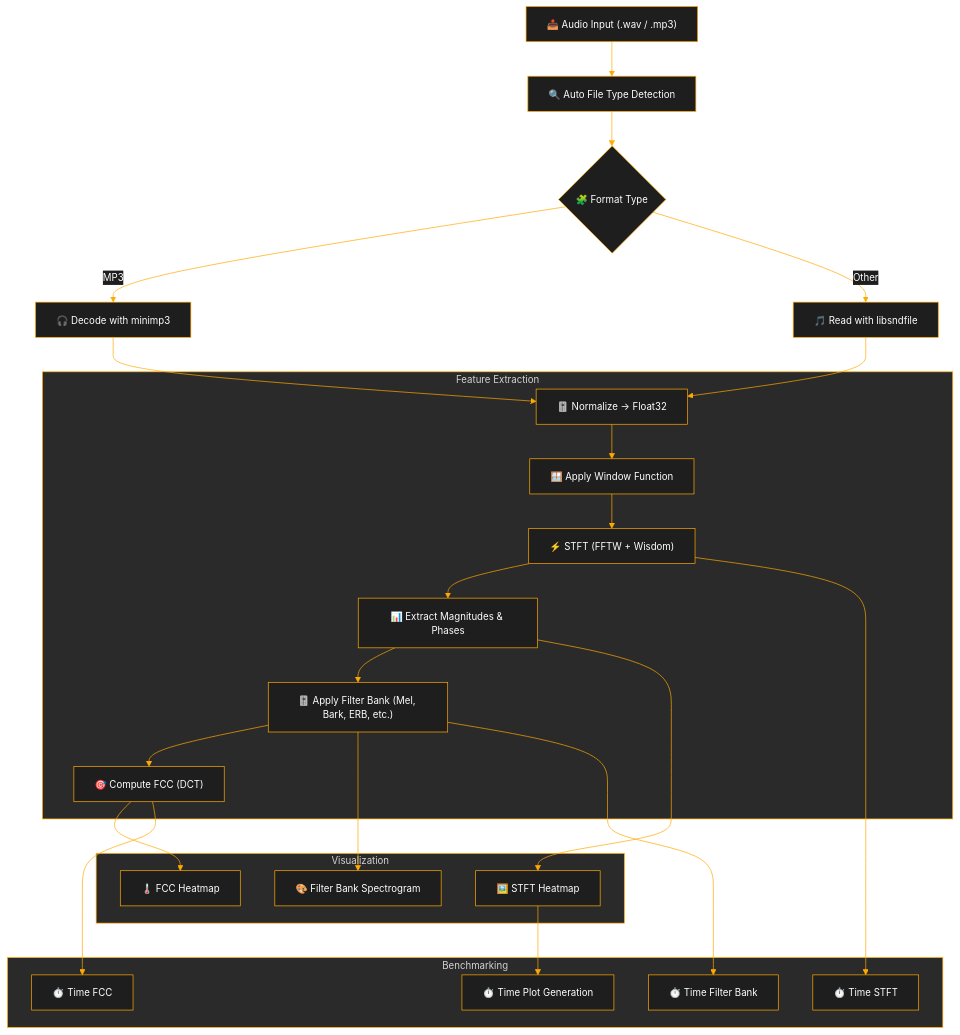
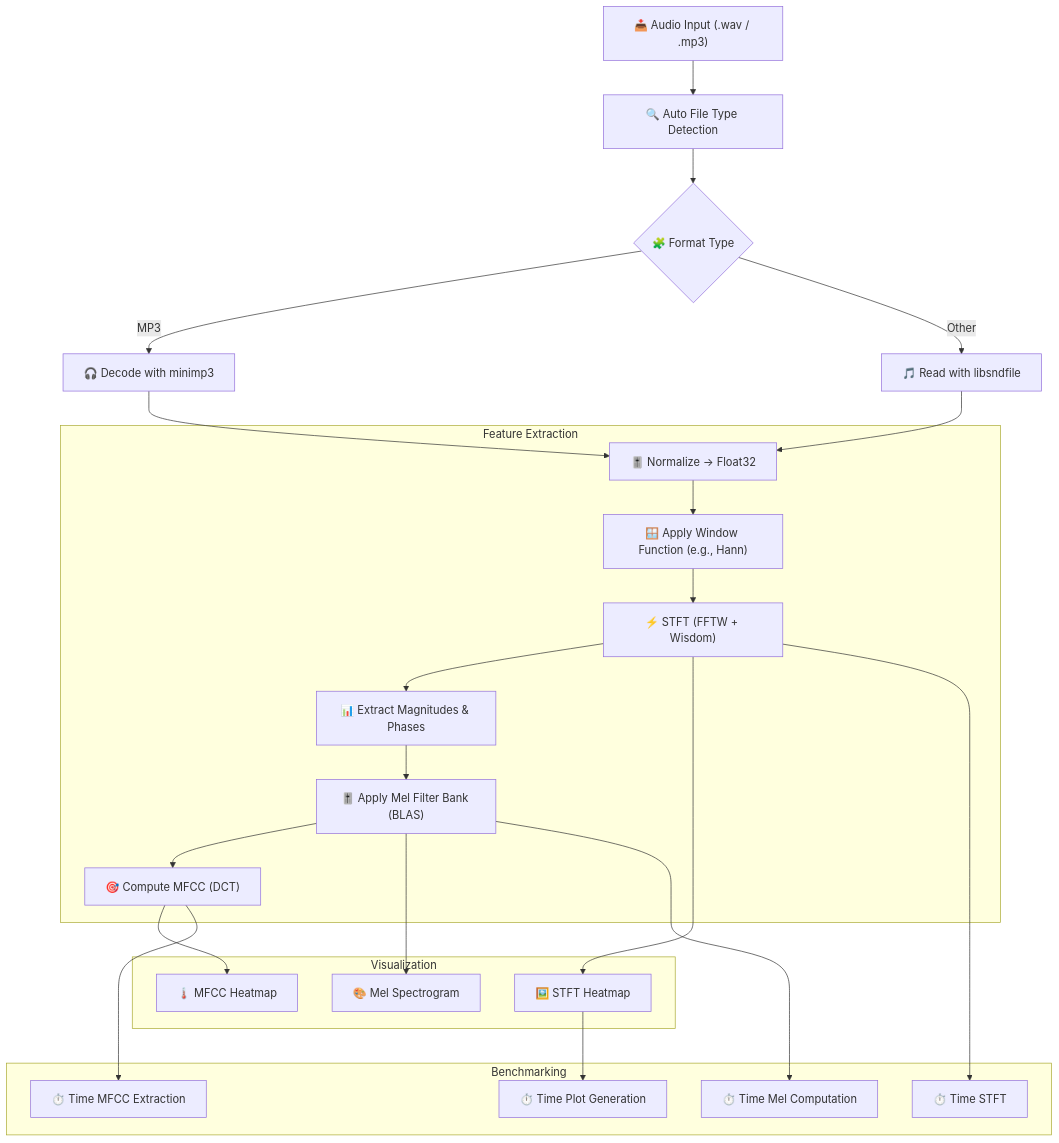
Before and after one commit to 8g6-new/c_spectrogram: the diagram in README.md, drawn with Mermaid. The commit also changed other lines of this file, not shown here.

````diff
--- a/README.md
+++ b/README.md
@@ -40,48 +48,50 @@
 ```mermaid
 %%{init: {
   "theme": "base",
   "themeVariables": {
-    "primaryColor": "#1e1e1e",
-    "primaryTextColor": "#ffffff",
-    "primaryBorderColor": "#ffaa00",
-    "clusterBkg": "#2a2a2a",
-    "clusterBorder": "#ffaa00",
-    "lineColor": "#ffaa00",
+    "primaryColor": "#1e1e1e",          %% Node background (very dark)
+    "primaryTextColor": "#ffffff",      %% Text color (white)
+    "primaryBorderColor": "#ffaa00",    %% Orange border for visibility
+    "clusterBkg": "#2a2a2a",            %% Subgraph background (dark gray)
+    "clusterBorder": "#ffaa00",         %% Subgraph border color
+    "lineColor": "#ffaa00",             %% Arrow color
     "fontSize": "14px",
     "fontFamily": "monospace"
   }
 }}%%
 
 flowchart TD
+
     %% Input and Decoding
     A["📥 Audio Input (.wav / .mp3)"] --> B["🔍 Auto File Type Detection"]
     B --> C{"🧩 Format Type"}
     C -->|MP3| D["🎧 Decode with minimp3"]
     C -->|Other| E["🎵 Read with libsndfile"]
     D --> F["🎚️ Normalize → Float32"]
     E --> F
 
     %% Feature Extraction
     subgraph Feature Extraction
-        F --> G["🪟 Apply Window Function"]
+        F --> G["🪟 Apply Window Function (e.g., Hann)"]
         G --> H["⚡ STFT (FFTW + Wisdom)"]
         H --> I["📊 Extract Magnitudes & Phases"]
-        I --> J["🎚️ Apply Filter Bank (Mel, Bark, ERB, etc.)"]
-        J --> K["🎯 Compute FCC (DCT)"]
+        I --> J["🎚️ Apply Mel Filter Bank (BLAS)"]
+        J --> K["🎯 Compute MFCC (DCT)"]
     end
 
     %% Visualization
     subgraph Visualization
-        I --> V1["🖼️ STFT Heatmap"]
-        J --> V2["🎨 Filter Bank Spectrogram"]
-        K --> V3["🌡️ FCC Heatmap"]
+        H --> V1["🖼️ STFT Heatmap"]
+        J --> V2["🎨 Mel Spectrogram"]
+        K --> V3["🌡️ MFCC Heatmap"]
     end
 
     %% Benchmarking
     subgraph Benchmarking
         H --> B1["⏱️ Time STFT"]
-        J --> B2["⏱️ Time Filter Bank"]
-        K --> B3["⏱️ Time FCC"]
+        J --> B2["⏱️ Time Mel Computation"]
+        K --> B3["⏱️ Time MFCC Extraction"]
         V1 --> B4["⏱️ Time Plot Generation"]
     end
+
 ```
````
